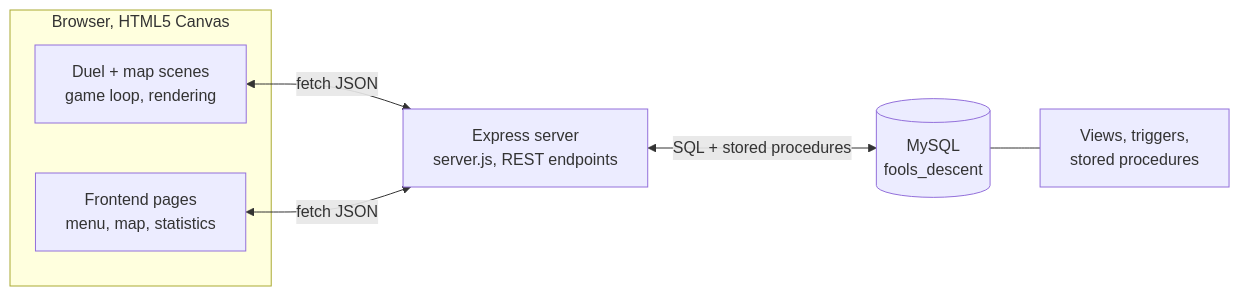
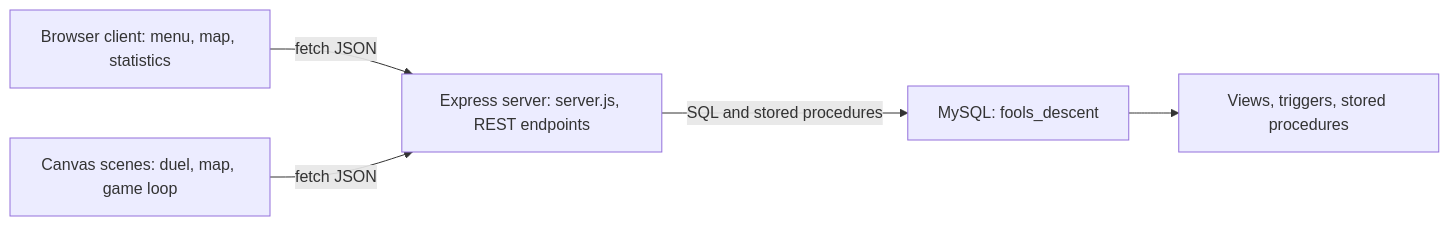
One commit to sant-mell/videoGame-TC2005B.501 changed the first of 2 diagrams in README.md. Above: the diagram before and after it, drawn with Mermaid. The commit also changed other lines of this file, not shown here.

Commit message:
Harden Mermaid diagram syntax for reliable GitHub rendering

````diff
--- a/README.md
+++ b/README.md
@@ -74,11 +74,7 @@
 ```mermaid
 flowchart LR
-    subgraph Client [Browser, HTML5 Canvas]
-        UI[Frontend pages<br/>menu, map, statistics]
-        DUEL[Duel + map scenes<br/>game loop, rendering]
-    end
-    DUEL <-->|fetch JSON| API[Express server<br/>server.js, REST endpoints]
-    UI <-->|fetch JSON| API
-    API <-->|SQL + stored procedures| DB[(MySQL<br/>fools_descent)]
-    DB --- V[Views, triggers,<br/>stored procedures]
+    UI["Browser client: menu, map, statistics"] -->|fetch JSON| API["Express server: server.js, REST endpoints"]
+    DUEL["Canvas scenes: duel, map, game loop"] -->|fetch JSON| API
+    API -->|SQL and stored procedures| DB["MySQL: fools_descent"]
+    DB --> V["Views, triggers, stored procedures"]
 ```
````
